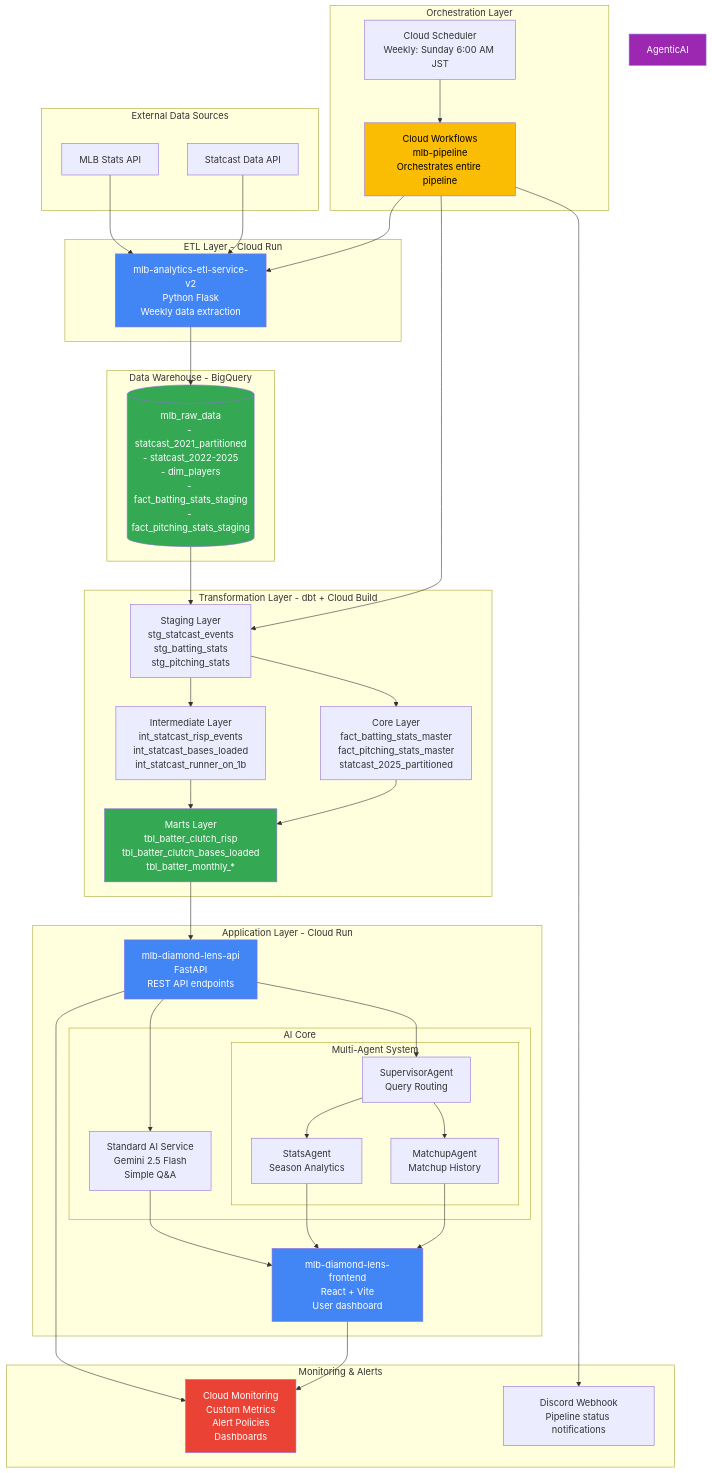
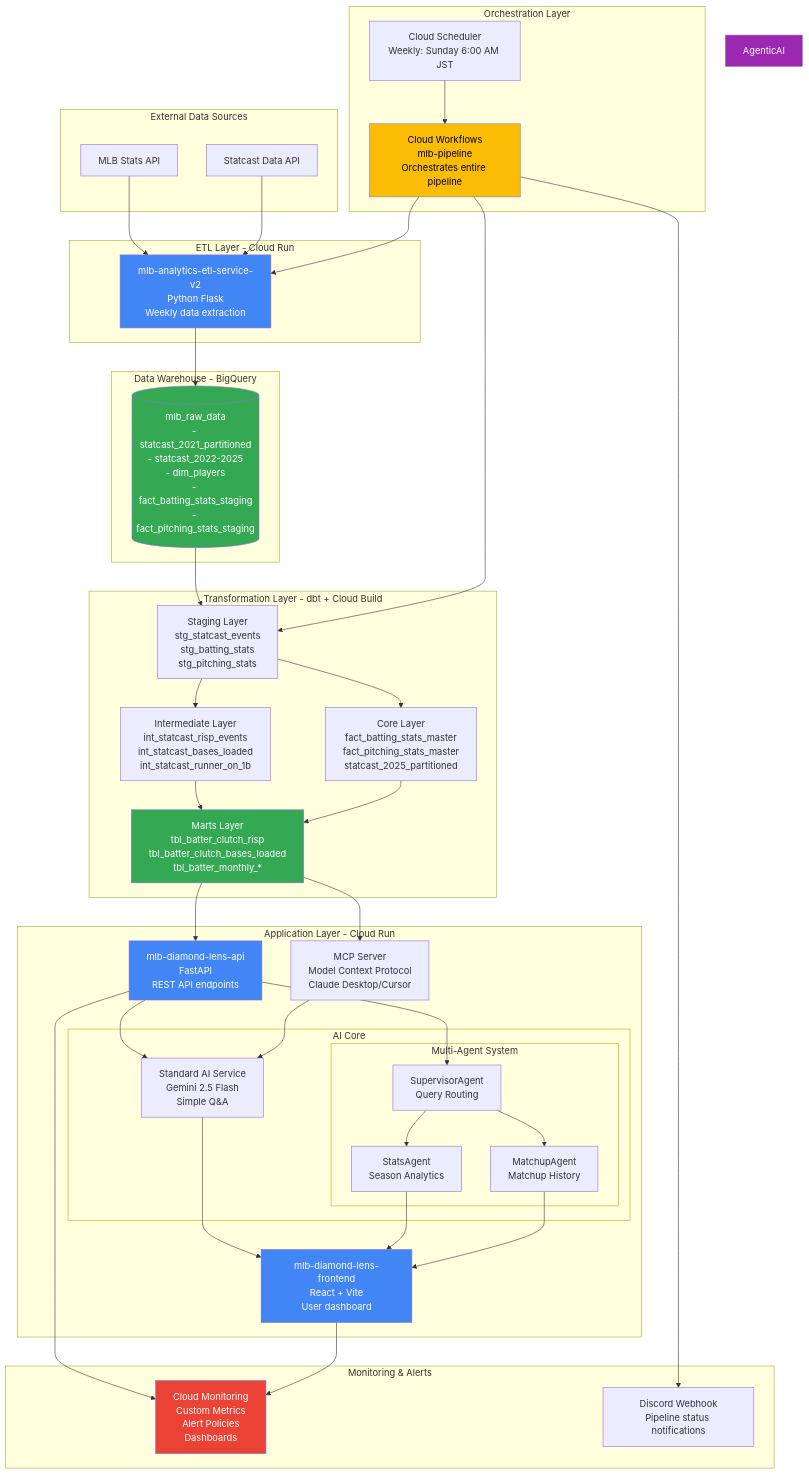
Before and after one commit to takeshimx/diamond-lens: the first of 3 diagrams in README_architecture.md, drawn with Mermaid. The commit also changed other lines of this file and 5 other files, not shown here.

Commit message:
Added MCP Server support

```diff
--- a/README_architecture.md
+++ b/README_architecture.md
@@ -43,6 +43,7 @@
 subgraph "Application Layer - Cloud Run"
         Backend[mlb-diamond-lens-api<br/>FastAPI<br/>REST API endpoints]
         Frontend[mlb-diamond-lens-frontend<br/>React + Vite<br/>User dashboard]
+        MCPServer[MCP Server<br/>Model Context Protocol<br/>Claude Desktop/Cursor]
         
         subgraph "AI Core"
             StandardAI[Standard AI Service<br/>Gemini 2.5 Flash<br/>Simple Q&A]
@@ -75,8 +76,10 @@
     Core --> Marts
 
     Marts --> Backend
+    Marts --> MCPServer
     Backend --> StandardAI
     Backend --> Supervisor
+    MCPServer --> StandardAI
     Supervisor --> StatsAgent
     Supervisor --> MatchupAgent
     StandardAI --> Frontend
```
